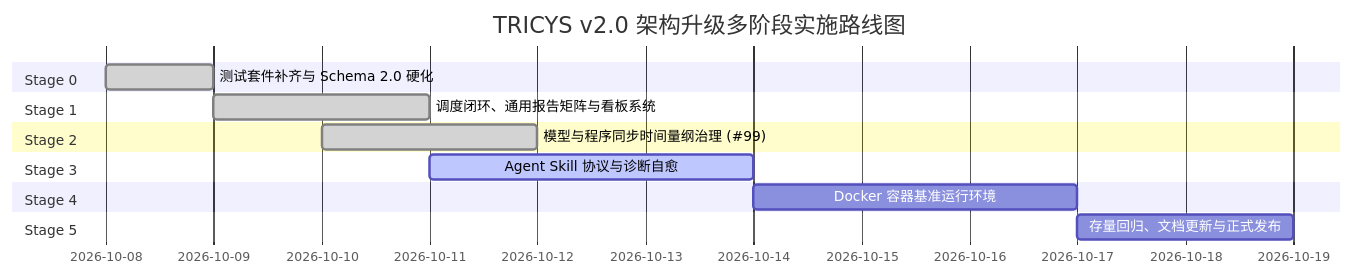
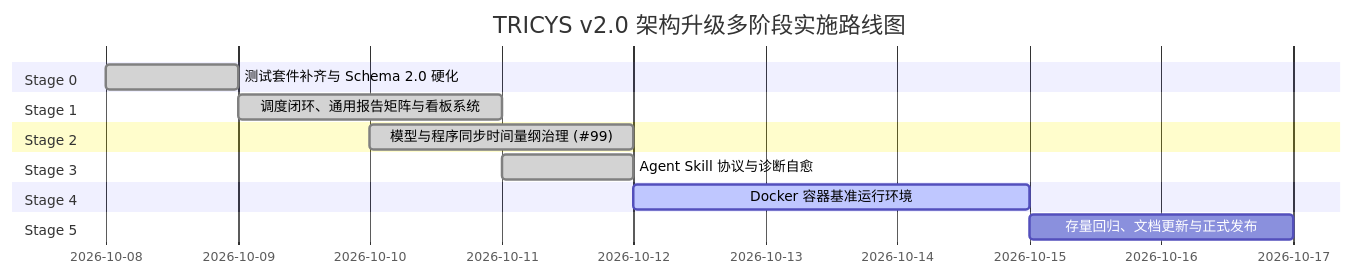
One commit to couuas/tricys changed the first of 3 diagrams in .github/upgrade/V2_DEVELOPMENT_PLAN.md. Above: the diagram before and after it, drawn with Mermaid. The commit also changed other lines of this file and 40 other files, not shown here.

````diff
--- a/.github/upgrade/V2_DEVELOPMENT_PLAN.md
+++ b/.github/upgrade/V2_DEVELOPMENT_PLAN.md
@@ -69,17 +69,17 @@
 ```mermaid
 gantt
     title TRICYS v2.0 架构升级多阶段实施路线图
     dateFormat  YYYY-MM-DD
     section Stage 0
     测试套件补齐与 Schema 2.0 硬化   :done, s0, 2026-10-08, 1d
     section Stage 1
     调度闭环、通用报告矩阵与看板系统 :done, s1, 2026-10-09, 2d
     section Stage 2
     模型与程序同步时间量纲治理 (#99) :done, s2, 2026-10-10, 2d
     section Stage 3
-    Agent Skill 协议与诊断自愈      :active, s3, 2026-10-11, 3d
+    Agent Skill 协议与诊断自愈      :done, s3, 2026-10-11, 1d
     section Stage 4
-    Docker 容器基准运行环境        :s4, after s3, 3d
+    Docker 容器基准运行环境        :active, s4, after s3, 3d
     section Stage 5
     存量回归、文档更新与正式发布    :s5, after s4, 2d
 ```
````
